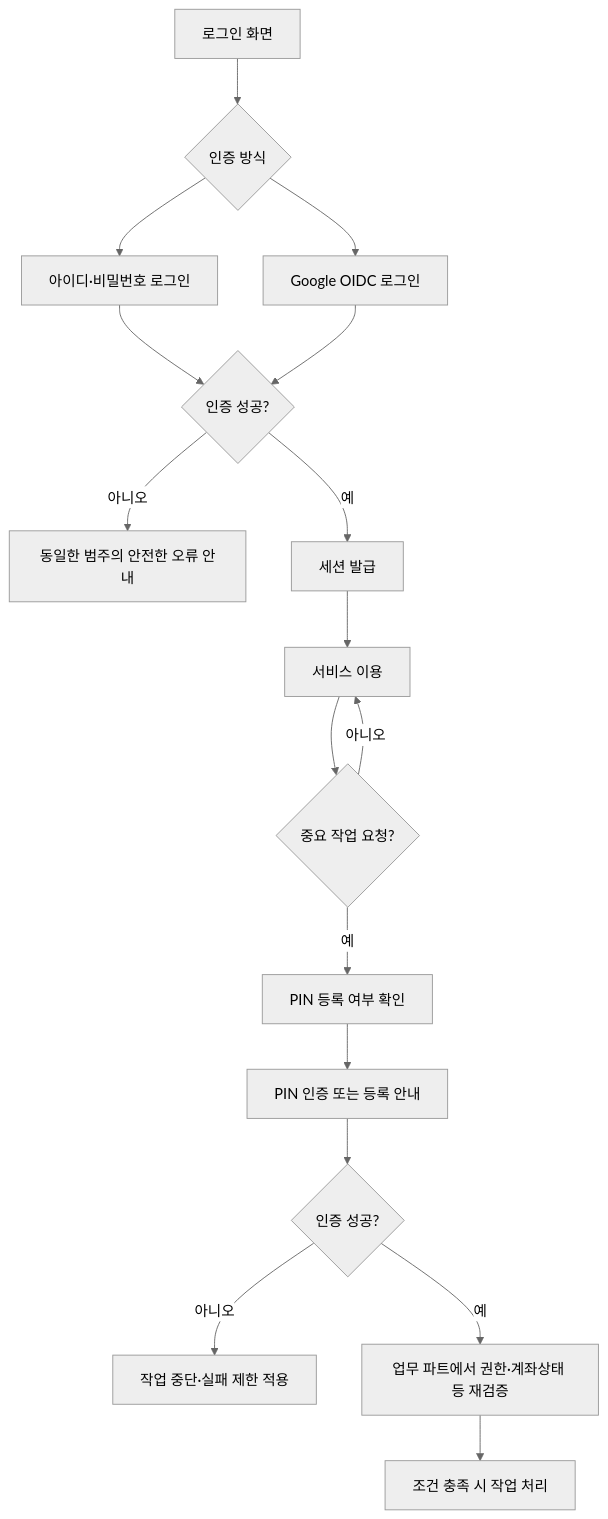
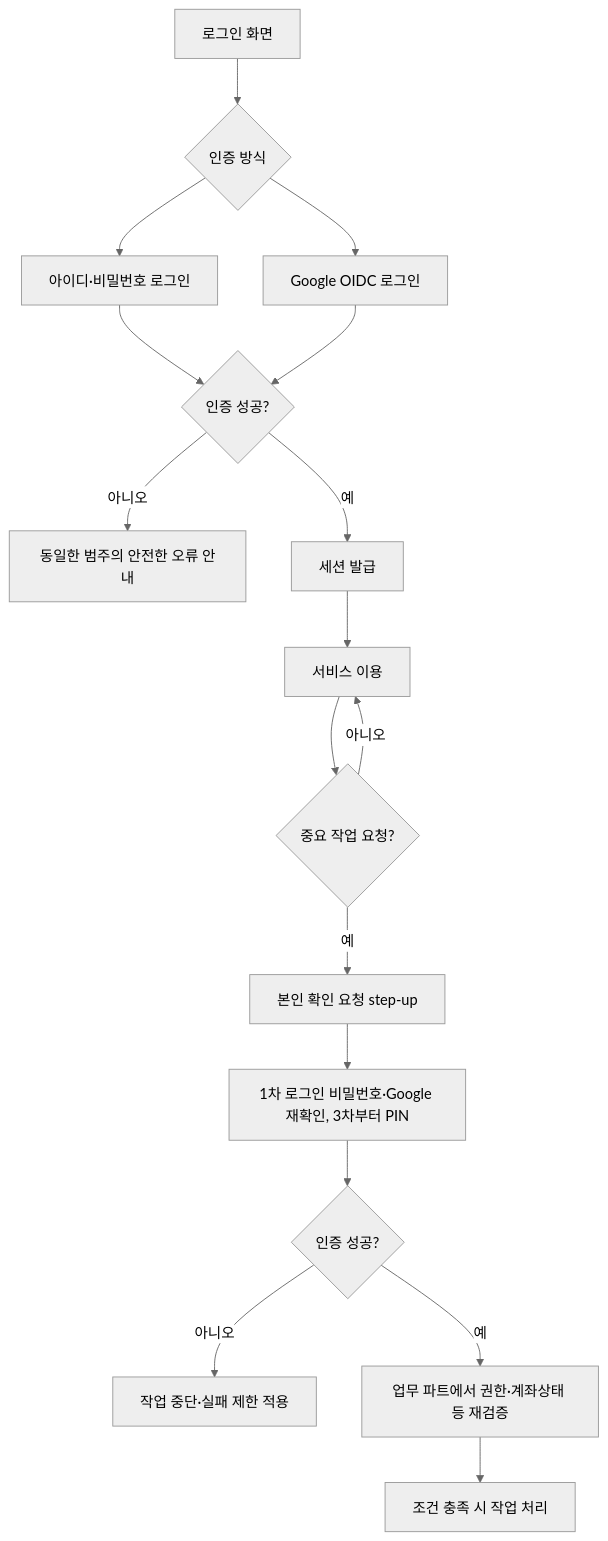
One commit to yellowgreenbean/midproject_ai_agent changed the second of 8 diagrams in docs/회원_계좌기능_기획서.md. Above: the diagram before and after it, drawn with Mermaid (neutral theme). The commit also changed other lines of this file and 5 other files, not shown here.

First line of the commit message:
세 기획서 2차 대조 반영과 ERD 추가

````diff
--- a/docs/회원_계좌기능_기획서.md
+++ b/docs/회원_계좌기능_기획서.md
@@ -122,19 +123,19 @@
 ```mermaid
 flowchart TD
     A[로그인 화면] --> B{인증 방식}
     B --> C[아이디·비밀번호 로그인]
     B --> D[Google OIDC 로그인]
     C --> E{인증 성공?}
     D --> E
     E -- 아니오 --> F[동일한 범주의 안전한 오류 안내]
     E -- 예 --> G[세션 발급]
     G --> H[서비스 이용]
     H --> I{중요 작업 요청?}
     I -- 아니오 --> H
-    I -- 예 --> J[PIN 등록 여부 확인]
-    J --> K[PIN 인증 또는 등록 안내]
+    I -- 예 --> J[본인 확인 요청 step-up]
+    J --> K[1차 로그인 비밀번호·Google 재확인, 3차부터 PIN]
     K --> L{인증 성공?}
     L -- 아니오 --> M[작업 중단·실패 제한 적용]
     L -- 예 --> N[업무 파트에서 권한·계좌상태 등 재검증]
     N --> O[조건 충족 시 작업 처리]
 ```
````
